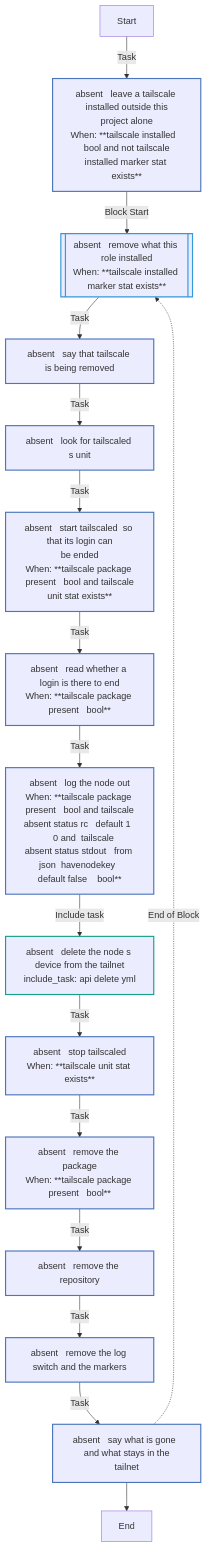
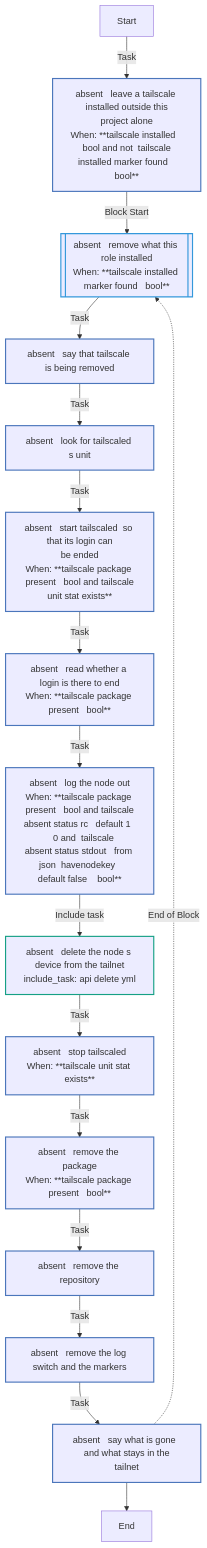
Before and after one commit to kawadeomkar/agent-warehouse: the second of 14 diagrams in docs/reference/roles/tailscale.md, drawn with Mermaid. The commit also changed other lines of this file and 29 other files, not shown here.

````diff
--- a/docs/reference/roles/tailscale.md
+++ b/docs/reference/roles/tailscale.md
@@ -235,28 +241,28 @@
 ```mermaid
 flowchart TD
 Start
 classDef block stroke:#3498db,stroke-width:2px;
 classDef task stroke:#4b76bb,stroke-width:2px;
 classDef includeTasks stroke:#16a085,stroke-width:2px;
 classDef importTasks stroke:#34495e,stroke-width:2px;
 classDef includeRole stroke:#2980b9,stroke-width:2px;
 classDef importRole stroke:#699ba7,stroke-width:2px;
 classDef includeVars stroke:#8e44ad,stroke-width:2px;
 classDef rescue stroke:#665352,stroke-width:2px;
 
-  Start-->|Task| absent___Leave_a_Tailscale_installed_outside_this_project_alone0[absent   leave a tailscale installed outside this<br>project alone<br>When: **tailscale installed   bool and not tailscale<br>installed marker stat exists**]:::task
-  absent___Leave_a_Tailscale_installed_outside_this_project_alone0-->|Block Start| absent___Remove_what_this_role_installed1_block_start_0[[absent   remove what this role installed<br>When: **tailscale installed marker stat exists**]]:::block
+  Start-->|Task| absent___Leave_a_Tailscale_installed_outside_this_project_alone0[absent   leave a tailscale installed outside this<br>project alone<br>When: **tailscale installed   bool and not  tailscale<br>installed marker found   bool**]:::task
+  absent___Leave_a_Tailscale_installed_outside_this_project_alone0-->|Block Start| absent___Remove_what_this_role_installed1_block_start_0[[absent   remove what this role installed<br>When: **tailscale installed marker found   bool**]]:::block
   absent___Remove_what_this_role_installed1_block_start_0-->|Task| absent___Say_that_Tailscale_is_being_removed0[absent   say that tailscale is being removed]:::task
   absent___Say_that_Tailscale_is_being_removed0-->|Task| absent___Look_for_tailscaled_s_unit1[absent   look for tailscaled s unit]:::task
   absent___Look_for_tailscaled_s_unit1-->|Task| absent___Start_tailscaled__so_that_its_login_can_be_ended2[absent   start tailscaled  so that its login can<br>be ended<br>When: **tailscale package present   bool and tailscale<br>unit stat exists**]:::task
   absent___Start_tailscaled__so_that_its_login_can_be_ended2-->|Task| absent___Read_whether_a_login_is_there_to_end3[absent   read whether a login is there to end<br>When: **tailscale package present   bool**]:::task
   absent___Read_whether_a_login_is_there_to_end3-->|Task| absent___Log_the_node_out4[absent   log the node out<br>When: **tailscale package present   bool and tailscale<br>absent status rc   default 1     0 and  tailscale<br>absent status stdout   from json  havenodekey  <br>default false    bool**]:::task
   absent___Log_the_node_out4-->|Include task| absent___Delete_the_node_s_device_from_the_tailnet_api_delete_yml_5[absent   delete the node s device from the tailnet<br>include_task: api delete yml]:::includeTasks
   absent___Delete_the_node_s_device_from_the_tailnet_api_delete_yml_5-->|Task| absent___Stop_tailscaled6[absent   stop tailscaled<br>When: **tailscale unit stat exists**]:::task
   absent___Stop_tailscaled6-->|Task| absent___Remove_the_package7[absent   remove the package<br>When: **tailscale package present   bool**]:::task
   absent___Remove_the_package7-->|Task| absent___Remove_the_repository8[absent   remove the repository]:::task
   absent___Remove_the_repository8-->|Task| absent___Remove_the_log_switch_and_the_markers9[absent   remove the log switch and the markers]:::task
   absent___Remove_the_log_switch_and_the_markers9-->|Task| absent___Say_what_is_gone__and_what_stays_in_the_tailnet10[absent   say what is gone  and what stays in the<br>tailnet]:::task
   absent___Say_what_is_gone__and_what_stays_in_the_tailnet10-.->|End of Block| absent___Remove_what_this_role_installed1_block_start_0
   absent___Say_what_is_gone__and_what_stays_in_the_tailnet10-->End
 ```
````
